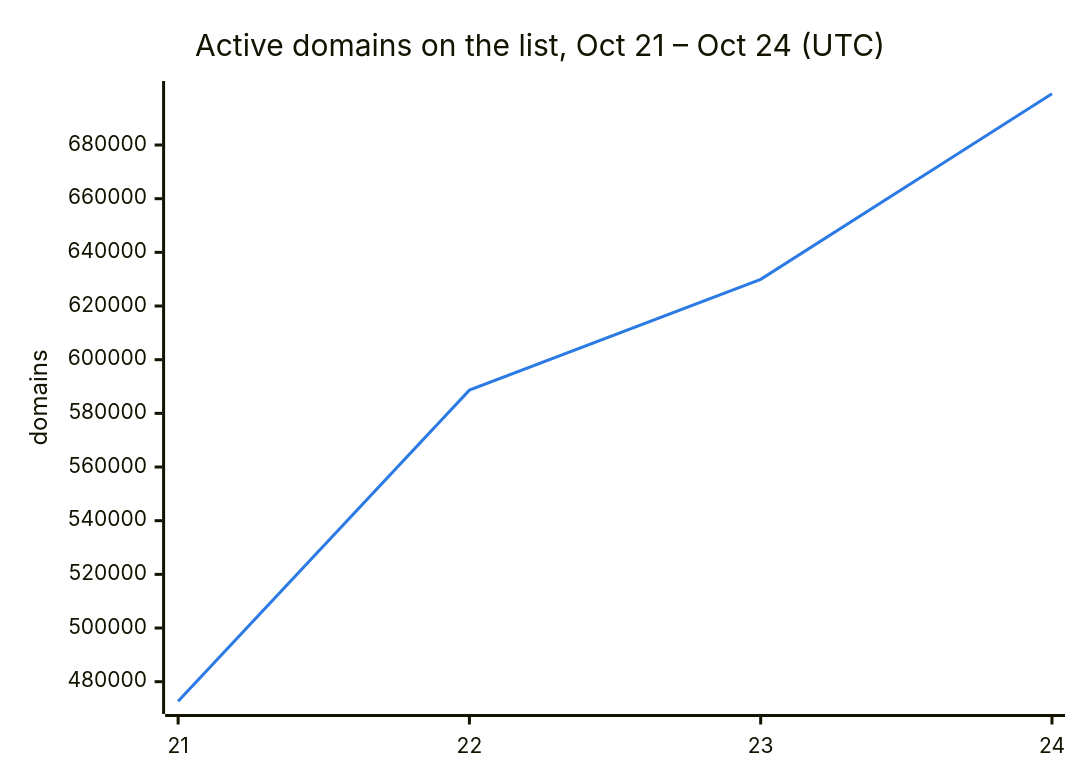
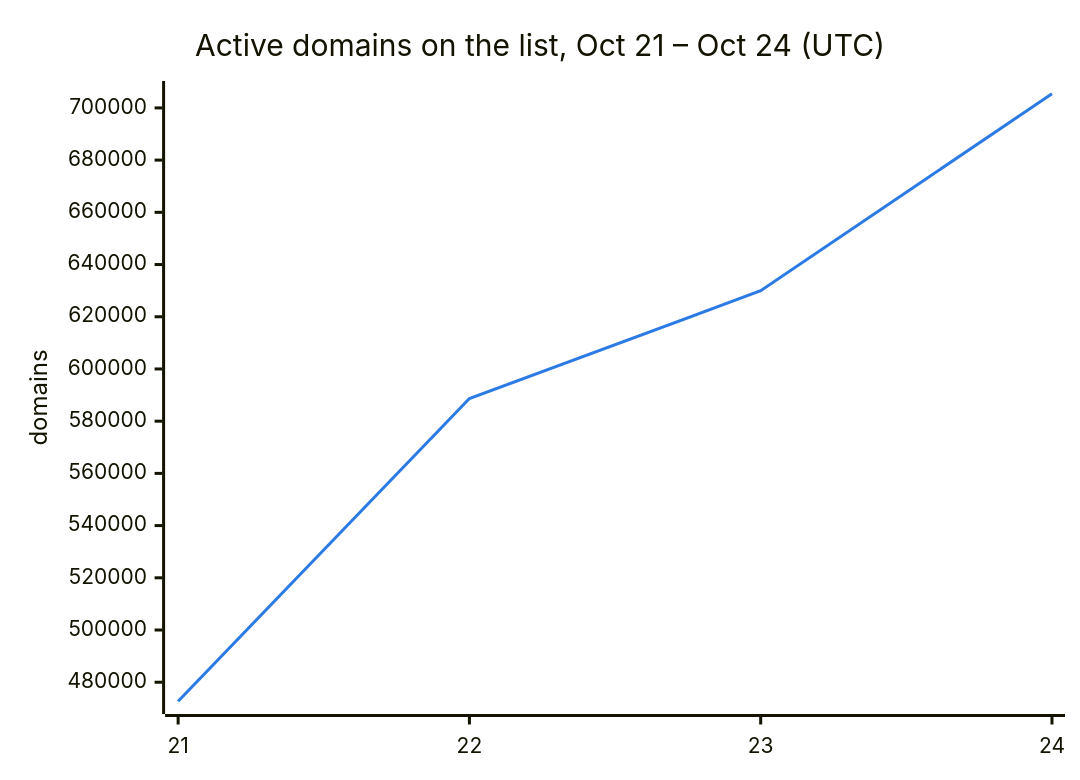
The second of 3 diagrams in README.md (DNSBunker/CTI), drawn with Mermaid before and after one commit. The commit also changed other lines of this file and 3 other files, not shown here.

````diff
--- a/README.md
+++ b/README.md
@@ -38,8 +38,8 @@
 ```mermaid
 %%{init: {"themeVariables": {"xyChart": {"plotColorPalette": "#2c7be5"}}}}%%
 xychart-beta
     title "Active domains on the list, Oct 21 – Oct 24 (UTC)"
     x-axis ["21", "22", "23", "24"]
     y-axis "domains"
-    line [472713, 588659, 629951, 699103]
+    line [472713, 588659, 629951, 705422]
 ```
````
